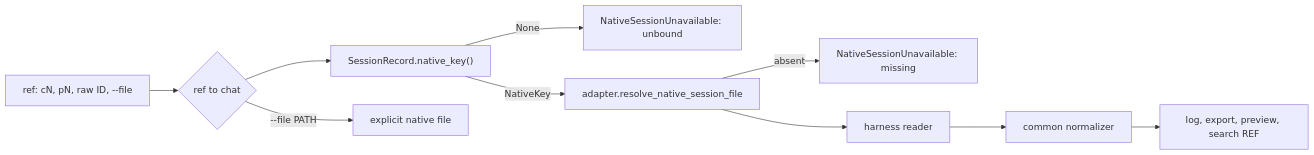
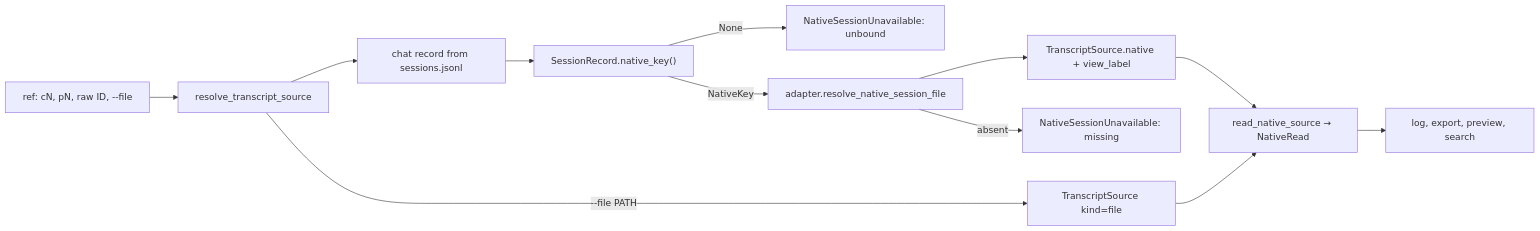
Before and after one commit to haowjy/meridian-cli-kb: the diagram in kb/architecture/native-transcript-reads.md, drawn with Mermaid. The commit also changed other lines of this file and 21 other files, not shown here.

````diff
--- a/kb/architecture/native-transcript-reads.md
+++ b/kb/architecture/native-transcript-reads.md
@@ -11,12 +13,14 @@
 ```mermaid
 flowchart LR
-  REF["ref: cN, pN, raw ID, --file"] --> CHAT{"ref to chat"}
+  REF["ref: cN, pN, raw ID, --file"] --> RES["resolve_transcript_source"]
+  RES -->|"--file PATH"| FILE["TranscriptSource kind=file"]
+  RES --> CHAT["chat record from sessions.jsonl"]
   CHAT --> KEY["SessionRecord.native_key()"]
-  CHAT -->|"--file PATH"| FILE["explicit native file"]
   KEY -->|None| UNB["NativeSessionUnavailable: unbound"]
-  KEY -->|NativeKey| RES["adapter.resolve_native_session_file"]
-  RES -->|absent| MISS["NativeSessionUnavailable: missing"]
-  RES --> RD["harness reader"]
-  RD --> NORM["common normalizer"]
-  NORM --> OUT["log, export, preview, search REF"]
+  KEY -->|NativeKey| ADP["adapter.resolve_native_session_file"]
+  ADP -->|absent| MISS["NativeSessionUnavailable: missing"]
+  ADP --> SRC["TranscriptSource.native + view_label"]
+  SRC --> READ["read_native_source → NativeRead"]
+  FILE --> READ
+  READ --> OUT["log, export, preview, search"]
 ```
````
